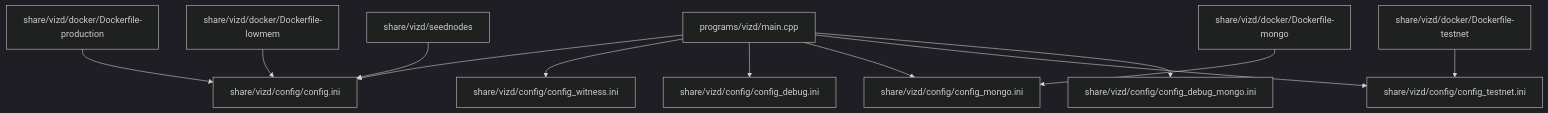
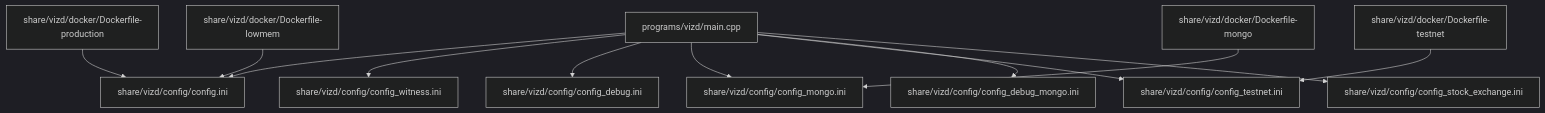
Before and after one commit to VIZ-Blockchain/viz-cpp-node: the first of 5 diagrams in .qoder/repowiki/en/content/Deployment and Operations/Node Deployment/Node Types and Configurations.md, drawn with Mermaid (dark theme). The commit also changed other lines of this file and 6 other files, not shown here.

````diff
--- a/.qoder/repowiki/en/content/Deployment and Operations/Node Deployment/Node Types and Configurations.md
+++ b/.qoder/repowiki/en/content/Deployment and Operations/Node Deployment/Node Types and Configurations.md
@@ -43,14 +50,14 @@
 ```mermaid
 graph TB
 A["programs/vizd/main.cpp"] --> B["share/vizd/config/config.ini"]
 A --> C["share/vizd/config/config_witness.ini"]
 A --> D["share/vizd/config/config_debug.ini"]
 A --> E["share/vizd/config/config_mongo.ini"]
 A --> F["share/vizd/config/config_testnet.ini"]
 A --> G["share/vizd/config/config_debug_mongo.ini"]
-H["share/vizd/docker/Dockerfile-production"] --> B
-I["share/vizd/docker/Dockerfile-testnet"] --> F
-J["share/vizd/docker/Dockerfile-mongo"] --> E
-K["share/vizd/docker/Dockerfile-lowmem"] --> B
-L["share/vizd/seednodes"] --> B
+A --> H["share/vizd/config/config_stock_exchange.ini"]
+I["share/vizd/docker/Dockerfile-production"] --> B
+J["share/vizd/docker/Dockerfile-testnet"] --> F
+K["share/vizd/docker/Dockerfile-mongo"] --> E
+L["share/vizd/docker/Dockerfile-lowmem"] --> B
 ```
````
